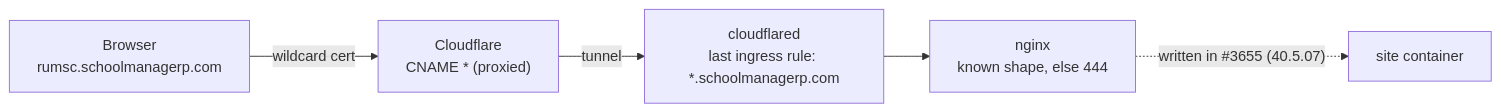
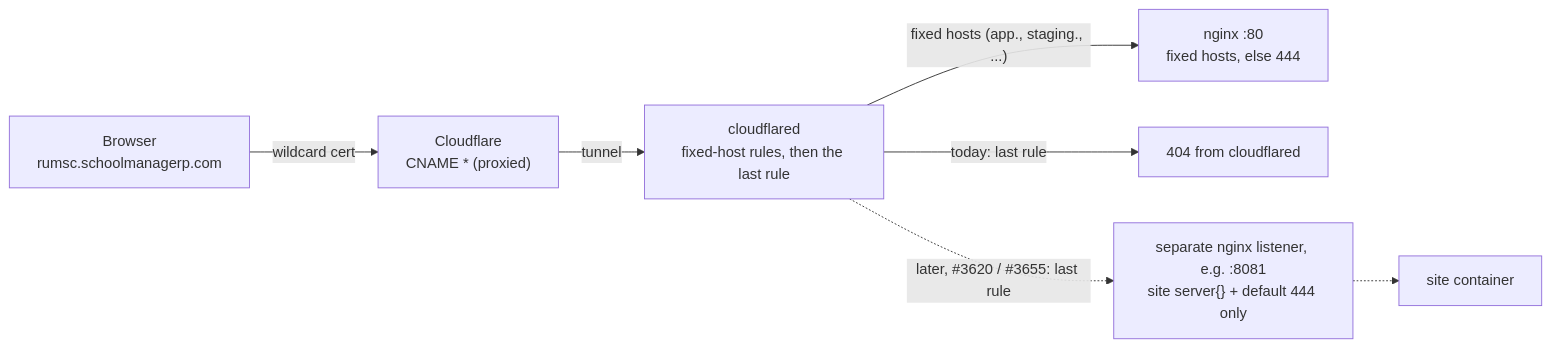
Diagram 15 of 15 in docs/architecture/28-platform-runbook.md (LBCron/biddaloy), drawn with Mermaid before and after one commit. The commit also changed other lines of this file and 3 other files, not shown here.

First line of the commit message:
fix(infra): drop the wildcard tunnel rule, route school sites to a separate listener later (#3613)

````diff
--- a/docs/architecture/28-platform-runbook.md
+++ b/docs/architecture/28-platform-runbook.md
@@ -1987,7 +1995,9 @@
 ```mermaid
 flowchart LR
   B["Browser<br/>rumsc.schoolmanagerp.com"] -->|"wildcard cert"| CF["Cloudflare<br/>CNAME * (proxied)"]
-  CF -->|tunnel| CD["cloudflared<br/>last ingress rule: *.schoolmanagerp.com"]
-  CD --> N["nginx<br/>known shape, else 444"]
-  N -.->|"written in #3655 (40.5.07)"| S["site container"]
+  CF -->|tunnel| CD["cloudflared<br/>fixed-host rules, then the last rule"]
+  CD -->|"fixed hosts (app., staging., ...)"| N80["nginx :80<br/>fixed hosts, else 444"]
+  CD -->|"today: last rule"| X["404 from cloudflared"]
+  CD -.->|"later, #3620 / #3655: last rule"| N81["separate nginx listener, e.g. :8081<br/>site server{} + default 444 only"]
+  N81 -.-> S["site container"]
 ```
````
